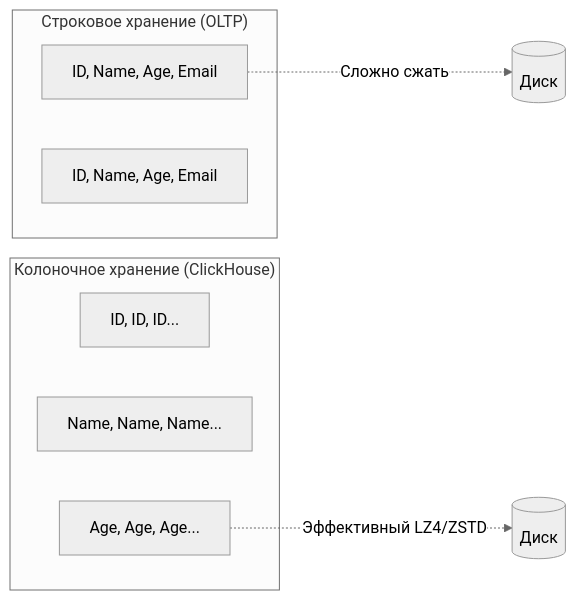
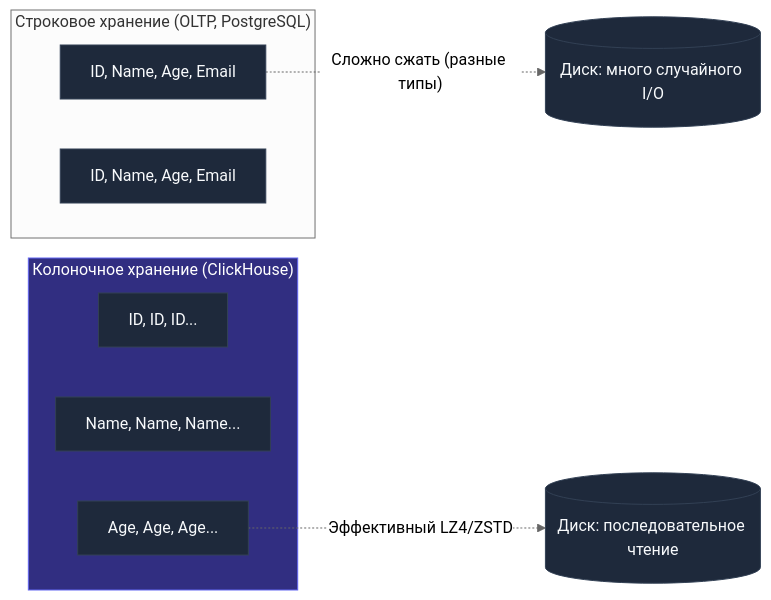
One commit to UnrealTemplier/go-textbook changed the first of 2 diagrams in sources/12. Базы данных/09. NoSQL базы/11. ClickHouse. OLAP база.md. Above: the diagram before and after it, drawn with Mermaid (neutral theme). The commit also changed other lines of this file, not shown here.

````diff
--- a/sources/12. Базы данных/09. NoSQL базы/11. ClickHouse. OLAP база.md
+++ b/sources/12. Базы данных/09. NoSQL базы/11. ClickHouse. OLAP база.md
@@ -21,16 +22,20 @@
 ```mermaid
 flowchart LR
-    subgraph "Строковое хранение (OLTP)"
+    subgraph Row_Oriented["Строковое хранение (OLTP, PostgreSQL)"]
         R1["ID, Name, Age, Email"]
         R2["ID, Name, Age, Email"]
     end
 
-    subgraph "Колоночное хранение (ClickHouse)"
+    subgraph Column_Oriented["Колоночное хранение (ClickHouse)"]
         C1["ID, ID, ID..."]
         C2["Name, Name, Name..."]
         C3["Age, Age, Age..."]
     end
 
-    R1 -.->|"Сложно сжать"| Disc1[("Диск")]
-    C3 -.->|"Эффективный LZ4/ZSTD"| Disc2[("Диск")]
+    R1 -.->|"Сложно сжать (разные типы)"| Disc1[("Диск: много случайного I/O")]
+    C3 -.->|"Эффективный LZ4/ZSTD"| Disc2[("Диск: последовательное чтение")]
+
+    classDef default fill:#1e293b,stroke:#334155,color:#f8fafc;
+    classDef col fill:#312e81,stroke:#6366f1,color:#ffffff;
+    class Column_Oriented col;
 ```
````
